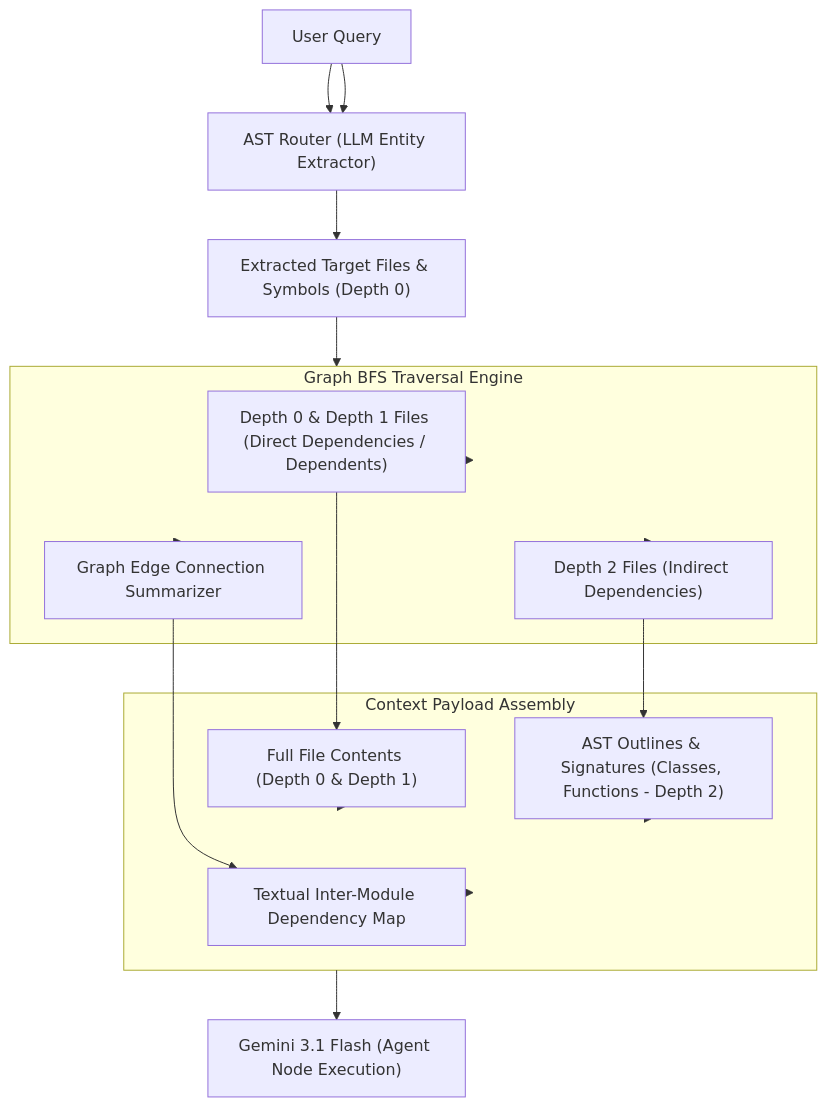
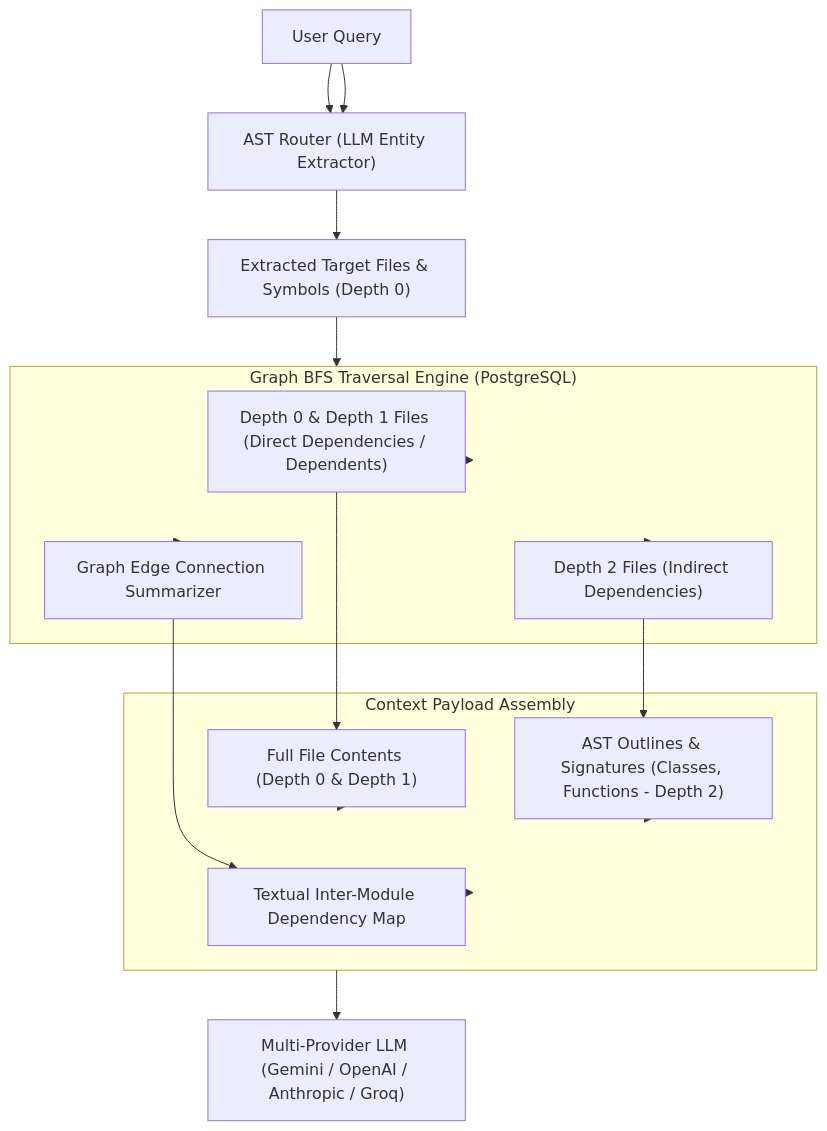
One commit to Priyanshu-Debugs/GitDecode changed the third of 6 diagrams in README.md. Above: the diagram before and after it, drawn with Mermaid. The commit also changed other lines of this file, not shown here.

Commit message:
docs: update README with multi-provider LLM support, PostgreSQL graph persistence, and admin panel documentation

````diff
--- a/README.md
+++ b/README.md
@@ -176,35 +188,35 @@
 ```mermaid
 flowchart TD
     UserQuery["User Query"] --> LLMRouter["AST Router (LLM Entity Extractor)"]
     LLMRouter --> TargetEntities["Extracted Target Files & Symbols (Depth 0)"]
     
-    subgraph BFSTraversal ["Graph BFS Traversal Engine"]
+    subgraph BFSTraversal ["Graph BFS Traversal Engine (PostgreSQL)"]
         Depth01["Depth 0 & Depth 1 Files (Direct Dependencies / Dependents)"]
         Depth2["Depth 2 Files (Indirect Dependencies)"]
         EdgeSummary["Graph Edge Connection Summarizer"]
     end
 
     subgraph PayloadAssembly ["Context Payload Assembly"]
         FullCode["Full File Contents (Depth 0 & Depth 1)"]
         Signatures["AST Outlines & Signatures (Classes, Functions - Depth 2)"]
         TextEdgeMap["Textual Inter-Module Dependency Map"]
     end
 
-    AgentLLM["Gemini 3.1 Flash (Agent Node Execution)"]
+    AgentLLM["Multi-Provider LLM (Gemini / OpenAI / Anthropic / Groq)"]
 
     UserQuery --> LLMRouter
     TargetEntities --> BFSTraversal
     BFSTraversal --> Depth01
     BFSTraversal --> Depth2
     BFSTraversal --> EdgeSummary
 
     Depth01 --> FullCode
     Depth2 --> Signatures
     EdgeSummary --> TextEdgeMap
 
     FullCode --> PayloadAssembly
     Signatures --> PayloadAssembly
     TextEdgeMap --> PayloadAssembly
 
     PayloadAssembly --> AgentLLM
 ```
````
